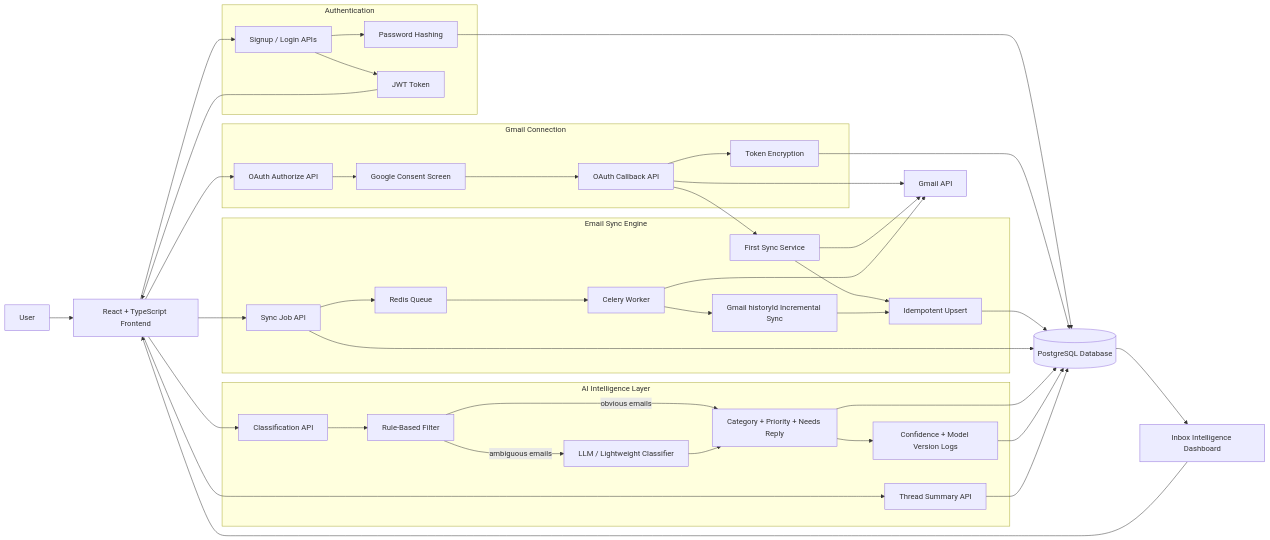
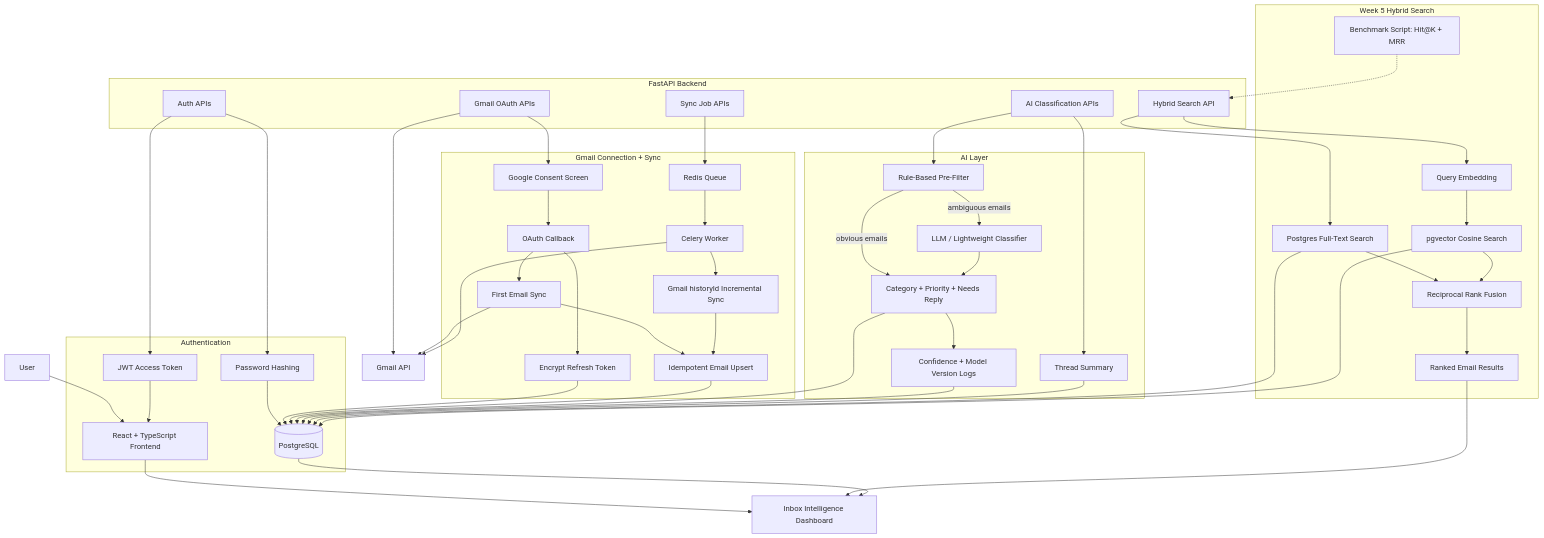
One commit to Eshaj20/Mailmind changed the diagram in README.md. Above: the diagram before and after it, drawn with Mermaid.

Commit message:
docs: update architecture diagram and flow descriptions

````diff
--- a/README.md
+++ b/README.md
@@ -88,80 +88,66 @@
 ```mermaid
-flowchart LR
+flowchart TD
     U[User] --> FE[React + TypeScript Frontend]
+    FE --> DASH[Inbox Intelligence Dashboard]
 
-    subgraph AUTH[Authentication]
-        A1[Signup / Login APIs]
-        A2[Password Hashing]
-        A3[JWT Token]
+    subgraph API[FastAPI Backend]
+        AUTH[Auth APIs]
+        GMAIL[Gmail OAuth APIs]
+        SYNC[Sync Job APIs]
+        AI[AI Classification APIs]
+        SEARCH[Hybrid Search API]
     end
 
-    subgraph GMAIL[Gmail Connection]
-        G1[OAuth Authorize API]
-        G2[Google Consent Screen]
-        G3[OAuth Callback API]
-        G4[Token Encryption]
+    subgraph AUTH_FLOW[Authentication]
+        AUTH --> HASH[Password Hashing]
+        AUTH --> JWT[JWT Access Token]
+        HASH --> DB[(PostgreSQL)]
+        JWT --> FE
     end
 
-    subgraph SYNC[Email Sync Engine]
-        S1[First Sync Service]
-        S2[Sync Job API]
-        S3[Redis Queue]
-        S4[Celery Worker]
-        S5[Idempotent Upsert]
-        S6[Gmail historyId Incremental Sync]
+    subgraph GMAIL_FLOW[Gmail Connection + Sync]
+        GMAIL --> CONSENT[Google Consent Screen]
+        CONSENT --> CALLBACK[OAuth Callback]
+        CALLBACK --> ENC[Encrypt Refresh Token]
+        CALLBACK --> FIRST[First Email Sync]
+        SYNC --> REDIS[Redis Queue]
+        REDIS --> WORKER[Celery Worker]
+        WORKER --> HIST[Gmail historyId Incremental Sync]
+        FIRST --> UPSERT[Idempotent Email Upsert]
+        HIST --> UPSERT
     end
 
-    subgraph AI[AI Intelligence Layer]
-        I1[Classification API]
-        I2[Rule-Based Filter]
-        I3[LLM / Lightweight Classifier]
-        I4[Category + Priority + Needs Reply]
-        I5[Confidence + Model Version Logs]
-        I6[Thread Summary API]
+    subgraph AI_FLOW[AI Layer]
+        AI --> RULES[Rule-Based Pre-Filter]
+        RULES -->|obvious emails| LABELS[Category + Priority + Needs Reply]
+        RULES -->|ambiguous emails| LLM[LLM / Lightweight Classifier]
+        LLM --> LABELS
+        LABELS --> LOGS[Confidence + Model Version Logs]
+        AI --> SUMMARY[Thread Summary]
     end
 
-    DB[(PostgreSQL Database)]
+    subgraph SEARCH_FLOW[Week 5 Hybrid Search]
+        SEARCH --> QEMB[Query Embedding]
+        SEARCH --> FTS[Postgres Full-Text Search]
+        QEMB --> VEC[pgvector Cosine Search]
+        FTS --> RRF[Reciprocal Rank Fusion]
+        VEC --> RRF
+        RRF --> RESULTS[Ranked Email Results]
+        BENCH[Benchmark Script: Hit@K + MRR] -.-> SEARCH
+    end
+
     GM[Gmail API]
-    DASH[Inbox Intelligence Dashboard]
 
-    FE --> A1
-    A1 --> A2
-    A2 --> DB
-    A1 --> A3
-    A3 --> FE
-
-    FE --> G1
-    G1 --> G2
-    G2 --> G3
-    G3 --> GM
-    G3 --> G4
-    G4 --> DB
-
-    G3 --> S1
-    S1 --> GM
-    S1 --> S5
-    S5 --> DB
-
-    FE --> S2
-    S2 --> DB
-    S2 --> S3
-    S3 --> S4
-    S4 --> GM
-    S4 --> S6
-    S6 --> S5
-
-    FE --> I1
-    I1 --> I2
-    I2 -->|obvious emails| I4
-    I2 -->|ambiguous emails| I3
-    I3 --> I4
-    I4 --> DB
-    I4 --> I5
-    I5 --> DB
-
-    FE --> I6
-    I6 --> DB
-
+    GMAIL --> GM
+    FIRST --> GM
+    WORKER --> GM
+    ENC --> DB
+    UPSERT --> DB
+    LABELS --> DB
+    LOGS --> DB
+    SUMMARY --> DB
+    FTS --> DB
+    VEC --> DB
+    RESULTS --> DASH
     DB --> DASH
-    DASH --> FE
 ```
````
